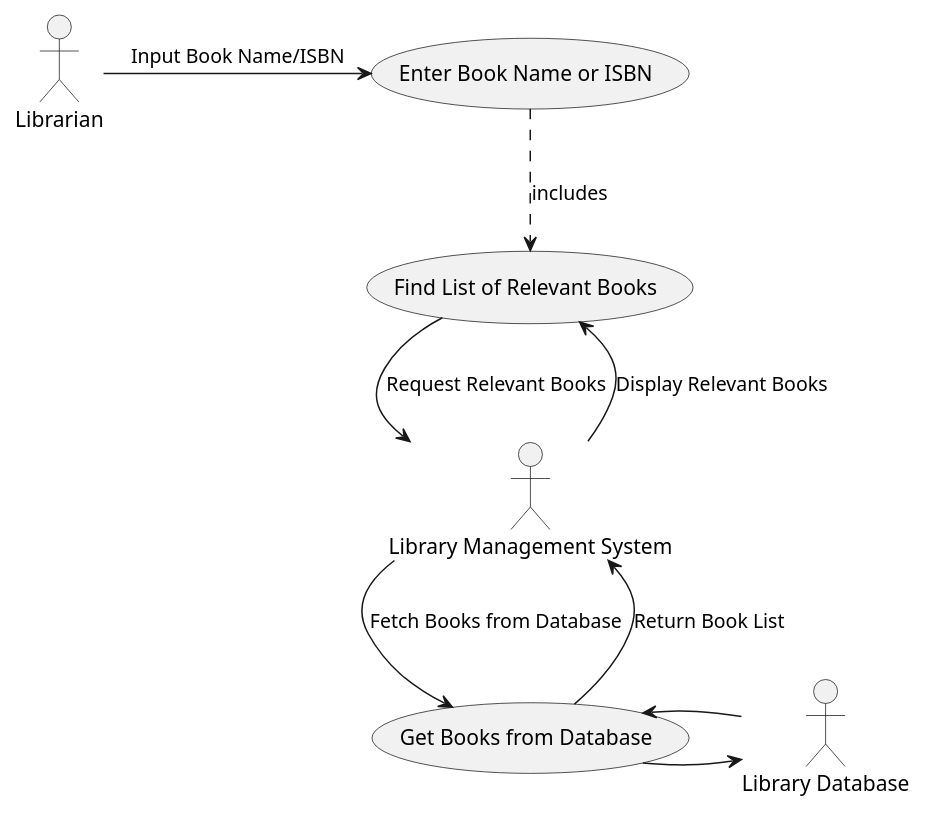
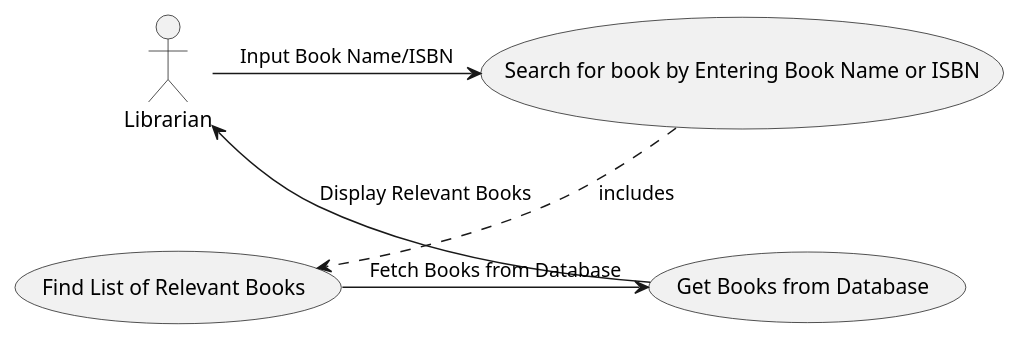
One commit to SalmaAzeem/library-system changed the diagram in diagrams/Book Search.puml. Above: the diagram before and after it, drawn with PlantUML. The commit also changed 1 other file, not shown here.

Commit message:
Added 2 UMLs for Book searching and Managing Book operations

```diff
--- a/diagrams/Book Search.puml
+++ b/diagrams/Book Search.puml
@@ -1,20 +1,15 @@
 @startuml
 actor Librarian as Init
-actor "Library Management System" as System
-actor "Library Database" as DB
 
-(Enter Book Name or ISBN) as enterData
+(Search for book by Entering Book Name or ISBN) as enterData
 (Find List of Relevant Books) as revBooks
 (Get Books from Database) as List
 
 Init -> enterData : Input Book Name/ISBN
 enterData ..> revBooks : includes
-revBooks -> System : Request Relevant Books
-System -> List : Fetch Books from Database
-List --> System : Return Book List
-System --> revBooks : Display Relevant Books
-List -> DB
-List <- DB
+List --> Init : Display Relevant Books
+revBooks -> List : Fetch Books from Database
+
 
 
 @enduml
```
